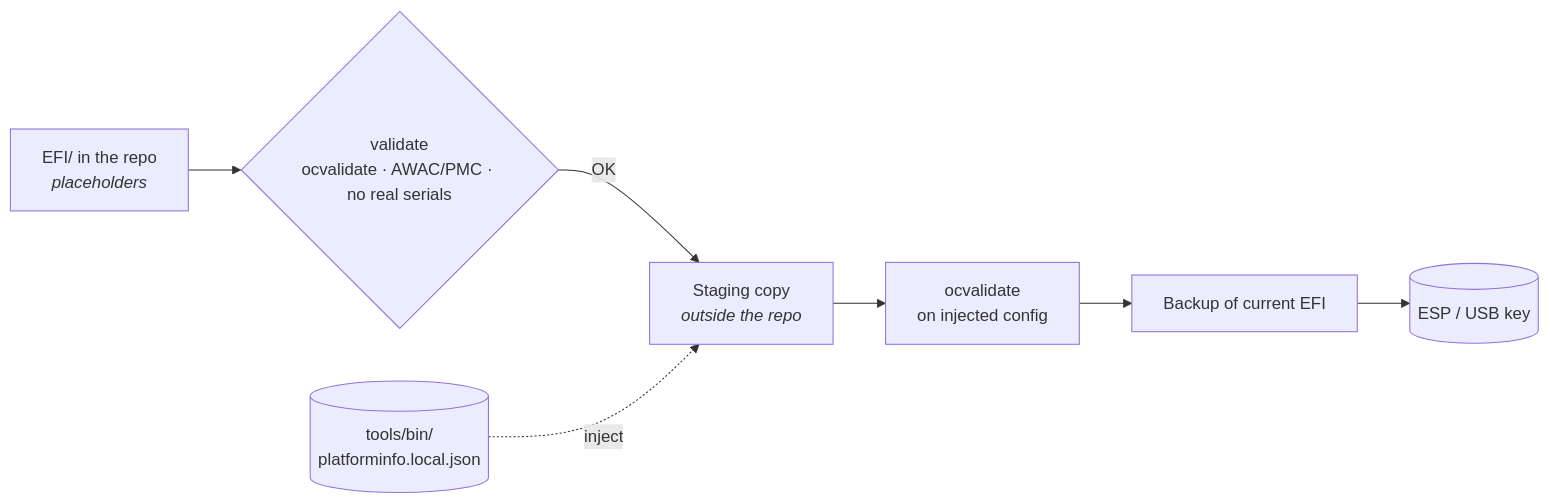
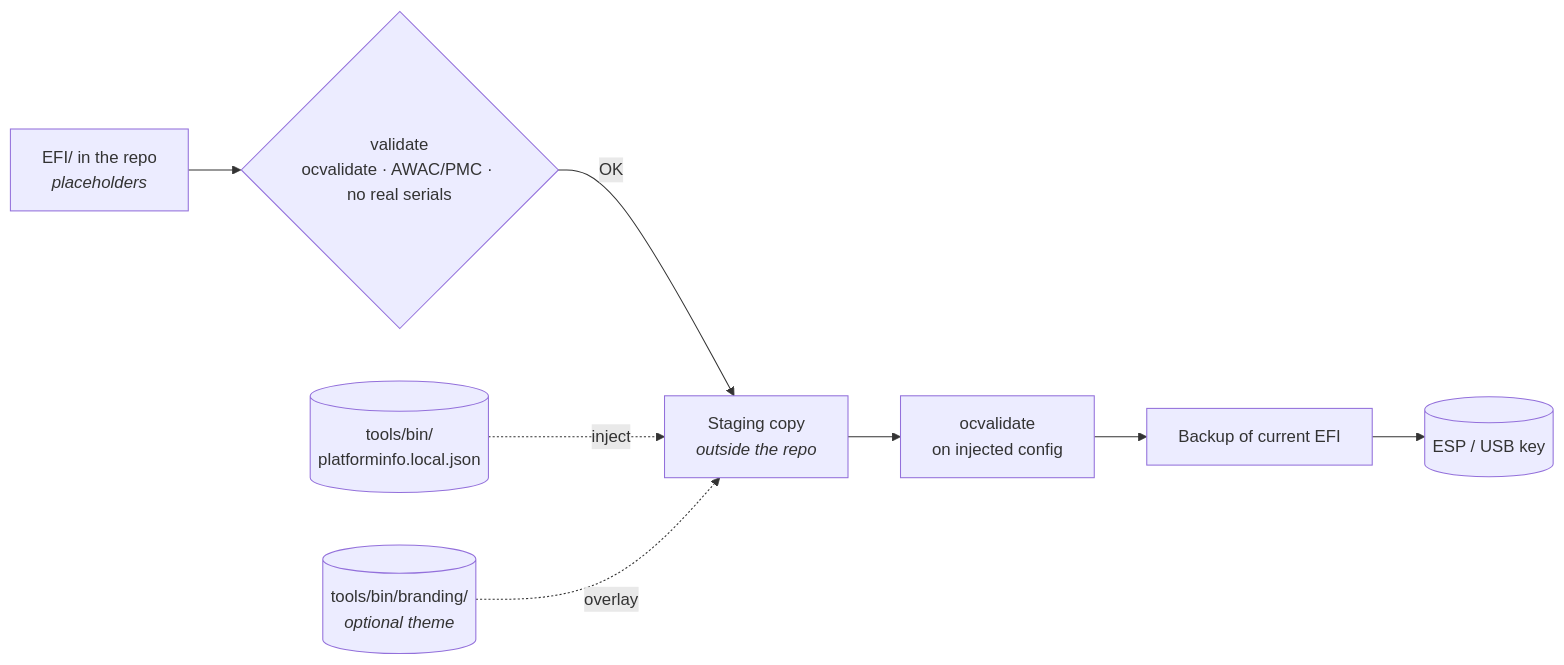
The diagram in README.md (lepekinoi/ASUS-PRIME-Z370-A-Hackintoshed), drawn with Mermaid before and after one commit. The commit also changed other lines of this file and 4 other files, not shown here.

````diff
--- a/README.md
+++ b/README.md
@@ -157,9 +157,10 @@
 ```mermaid
 flowchart LR
     A["EFI/ in the repo<br/><i>placeholders</i>"] --> B{"validate<br/>ocvalidate · AWAC/PMC · no real serials"}
     B -->|OK| C["Staging copy<br/><i>outside the repo</i>"]
     S[("tools/bin/<br/>platforminfo.local.json")] -.inject.-> C
+    T[("tools/bin/branding/<br/><i>optional theme</i>")] -.overlay.-> C
     C --> D["ocvalidate<br/>on injected config"]
     D --> E["Backup of current EFI"]
     E --> F[("ESP / USB key")]
 ```
````
